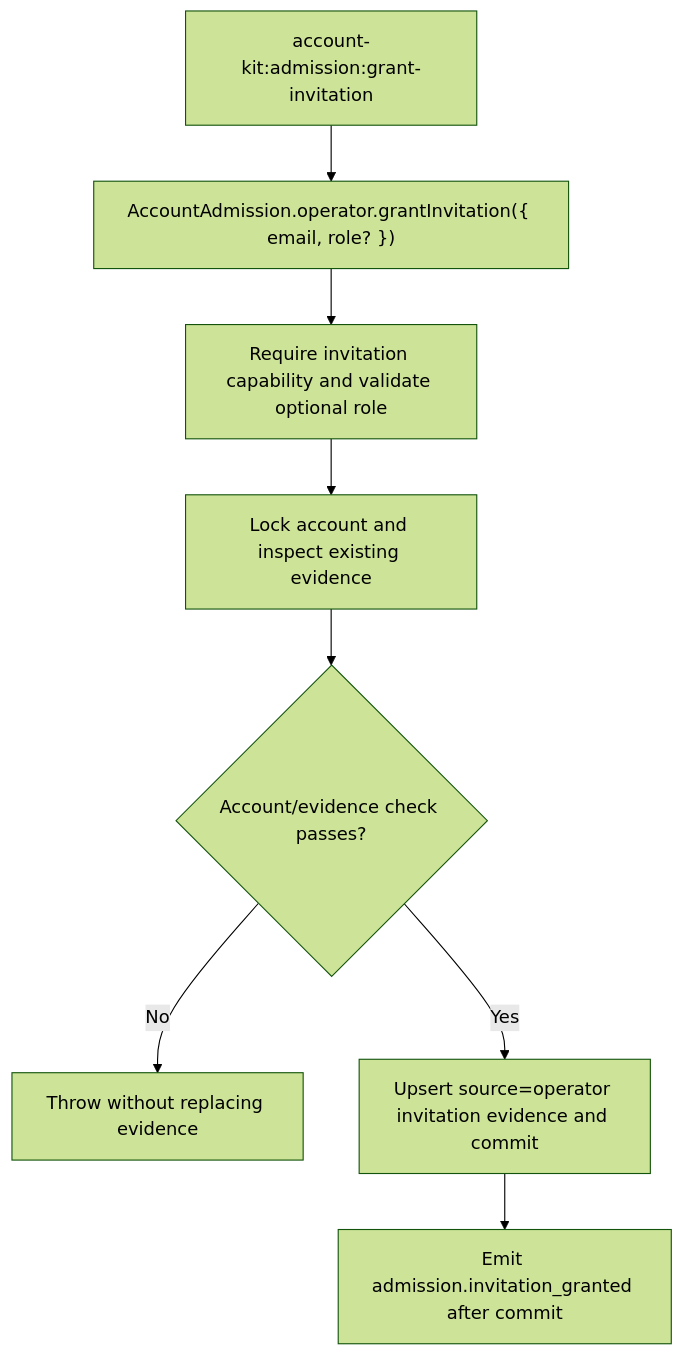
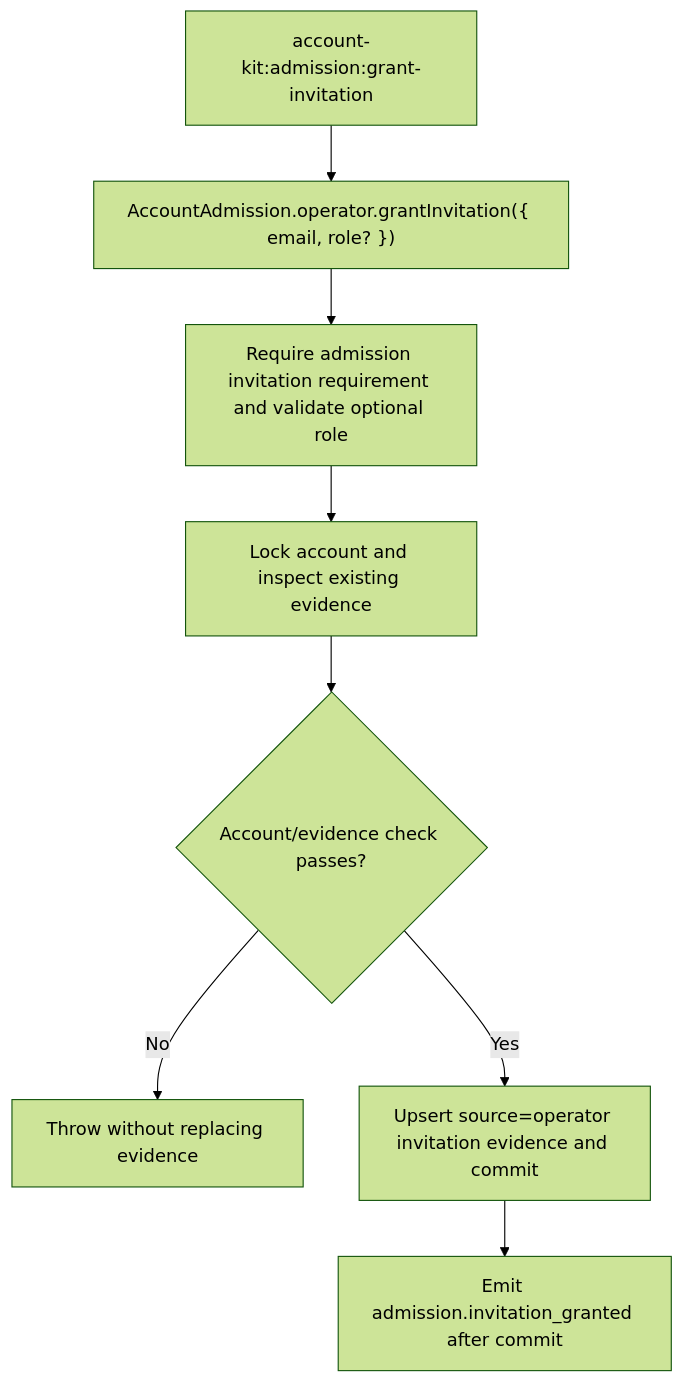
The second of 2 diagrams in user-stories/US-ACCOUNT-48-grant-admission-invitation-evidence.md (Kevinjohn/oss-adonisjs-account-kit), drawn with Mermaid (forest theme) before and after one commit. The commit also changed 43 other files, not shown here.

````diff
--- a/user-stories/US-ACCOUNT-48-grant-admission-invitation-evidence.md
+++ b/user-stories/US-ACCOUNT-48-grant-admission-invitation-evidence.md
@@ -31,10 +31,10 @@
 ```mermaid
 flowchart TD
  A["account-kit:admission:grant-invitation"] --> B["AccountAdmission.operator.grantInvitation({ email, role? })"]
- B --> C["Require invitation capability and validate optional role"]
+ B --> C["Require admission invitation requirement and validate optional role"]
  C --> D["Lock account and inspect existing evidence"]
  D --> E{"Account/evidence check passes?"}
  E -->|No| F["Throw without replacing evidence"]
  E -->|Yes| G["Upsert source=operator invitation evidence and commit"]
  G --> H["Emit admission.invitation_granted after commit"]
 ```
````
